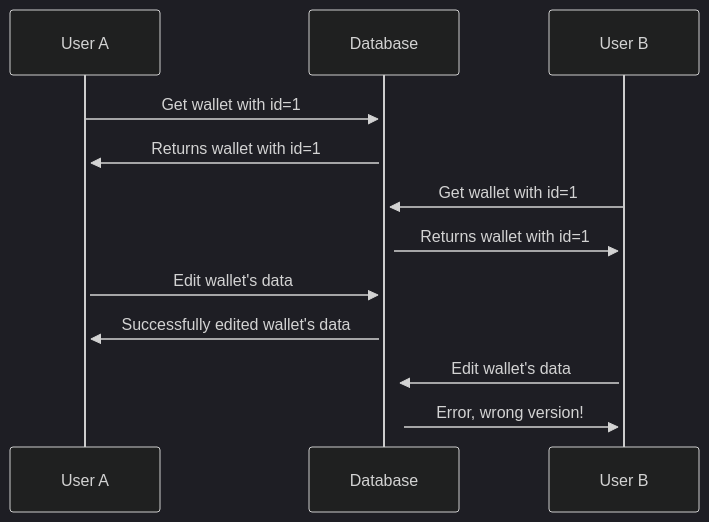
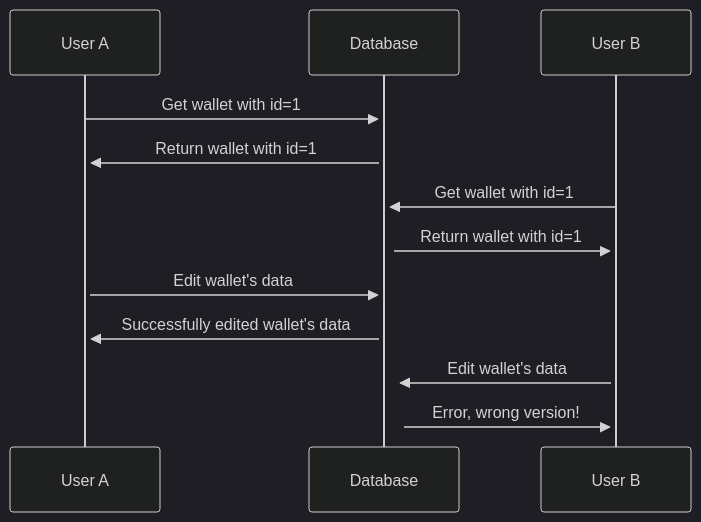
One commit to szymon6927/szymonmiks.pl changed the first of 2 diagrams in blog/content/post/07-optimistic-locking-with-python/index.md. Above: the diagram before and after it, drawn with Mermaid (dark theme). The commit also changed other lines of this file, not shown here.

```diff
--- a/blog/content/post/07-optimistic-locking-with-python/index.md
+++ b/blog/content/post/07-optimistic-locking-with-python/index.md
@@ -51,11 +51,11 @@
 {{<mermaid>}}
 sequenceDiagram
     User A->>+Database: Get wallet with id=1
-    Database ->>+ User A: Returns wallet with id=1
+    Database ->>+ User A: Return wallet with id=1
     User B ->>+ Database: Get wallet with id=1
-    Database ->>+ User B: Returns wallet with id=1
+    Database ->>+ User B: Return wallet with id=1
     User A ->>+ Database: Edit wallet's data
     Database ->>+ User A:  Successfully edited wallet's data
     User B ->>+ Database: Edit wallet's data
     Database ->>+ User B: Error, wrong version!
 {{</mermaid>}}
```
